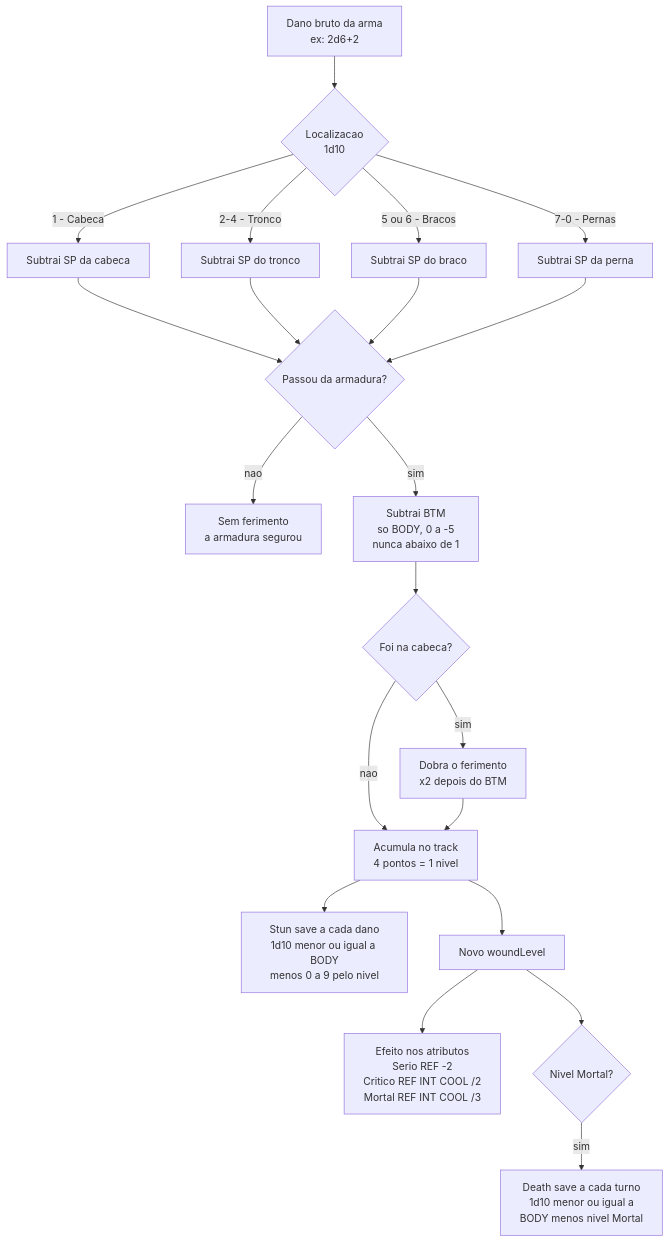
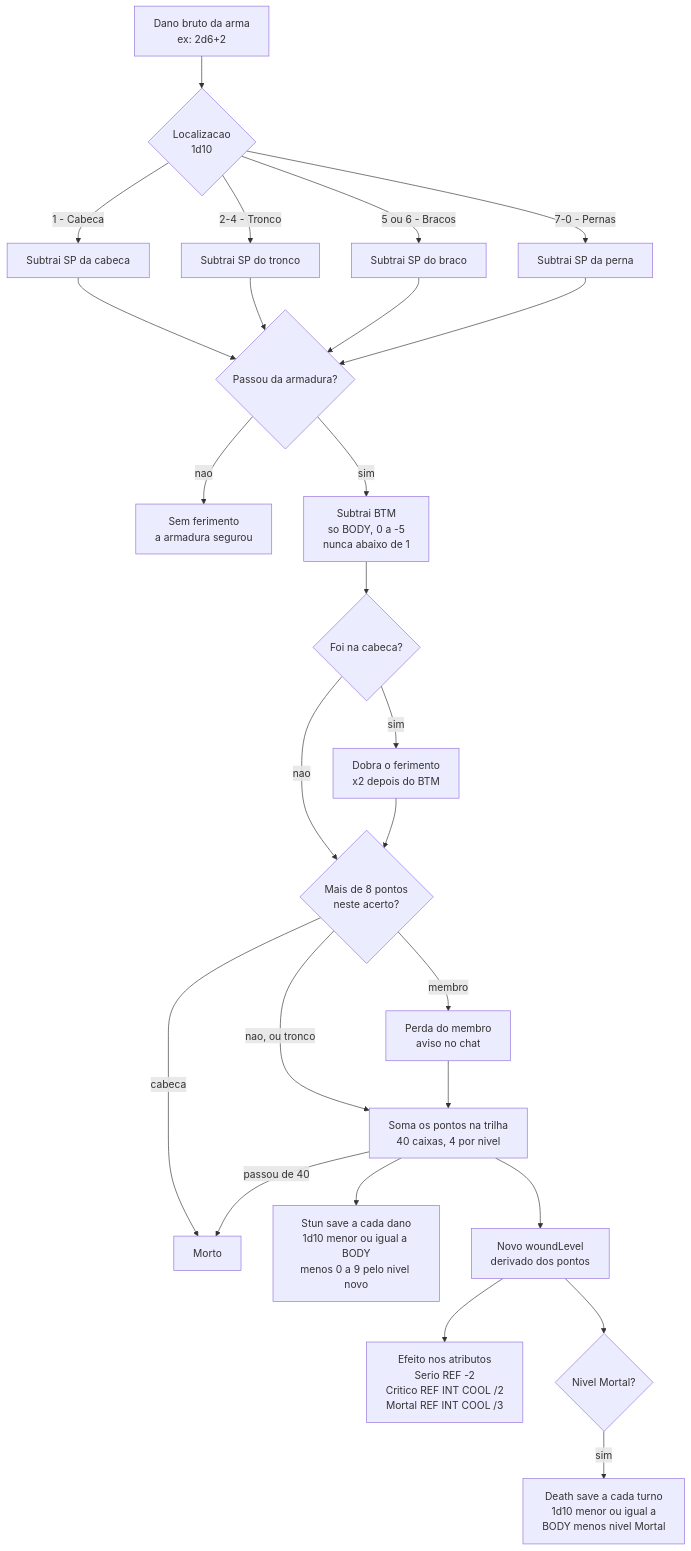
Before and after one commit to tavinholoco/NetsheetEngine: the third of 5 diagrams in docs/ARQUITETURA.md, drawn with Mermaid. The commit also changed other lines of this file and 19 other files, not shown here.

````diff
--- a/docs/ARQUITETURA.md
+++ b/docs/ARQUITETURA.md
@@ -160,27 +160,32 @@
 ```mermaid
 flowchart TB
     A["Dano bruto da arma<br/>ex: 2d6+2"] --> B{"Localizacao<br/>1d10"}
 
     B -->|"1 - Cabeca"| C["Subtrai SP da cabeca"]
     B -->|"2-4 - Tronco"| D["Subtrai SP do tronco"]
     B -->|"5 ou 6 - Bracos"| E["Subtrai SP do braco"]
     B -->|"7-0 - Pernas"| F["Subtrai SP da perna"]
 
     C --> I{"Passou da armadura?"}
     D --> I
     E --> I
     F --> I
 
     I -->|"nao"| J["Sem ferimento<br/>a armadura segurou"]
     I -->|"sim"| H["Subtrai BTM<br/>so BODY, 0 a -5<br/>nunca abaixo de 1"]
     H --> Q{"Foi na cabeca?"}
     Q -->|"sim"| G["Dobra o ferimento<br/>x2 depois do BTM"]
-    Q -->|"nao"| K["Acumula no track<br/>4 pontos = 1 nivel"]
-    G --> K
+    Q -->|"nao"| V{"Mais de 8 pontos<br/>neste acerto?"}
+    G --> V
+    V -->|"cabeca"| X["Morto"]
+    V -->|"membro"| Y["Perda do membro<br/>aviso no chat"]
+    V -->|"nao, ou tronco"| K["Soma os pontos na trilha<br/>40 caixas, 4 por nivel"]
+    Y --> K
+    K -->|"passou de 40"| X
 
-    K --> S["Stun save a cada dano<br/>1d10 menor ou igual a BODY<br/>menos 0 a 9 pelo nivel"]
-    K --> L["Novo woundLevel"]
+    K --> S["Stun save a cada dano<br/>1d10 menor ou igual a BODY<br/>menos 0 a 9 pelo nivel novo"]
+    K --> L["Novo woundLevel<br/>derivado dos pontos"]
     L --> N["Efeito nos atributos<br/>Serio REF -2<br/>Critico REF INT COOL /2<br/>Mortal REF INT COOL /3"]
     L --> M{"Nivel Mortal?"}
     M -->|"sim"| O["Death save a cada turno<br/>1d10 menor ou igual a<br/>BODY menos nivel Mortal"]
 ```
````
